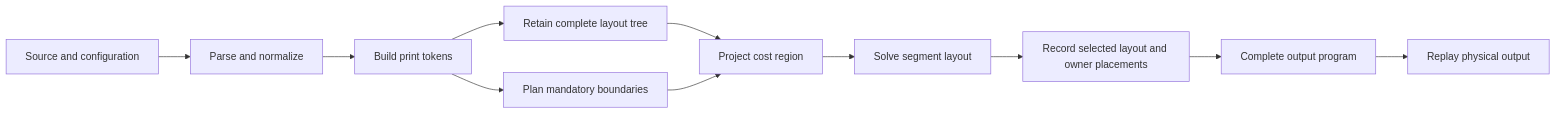
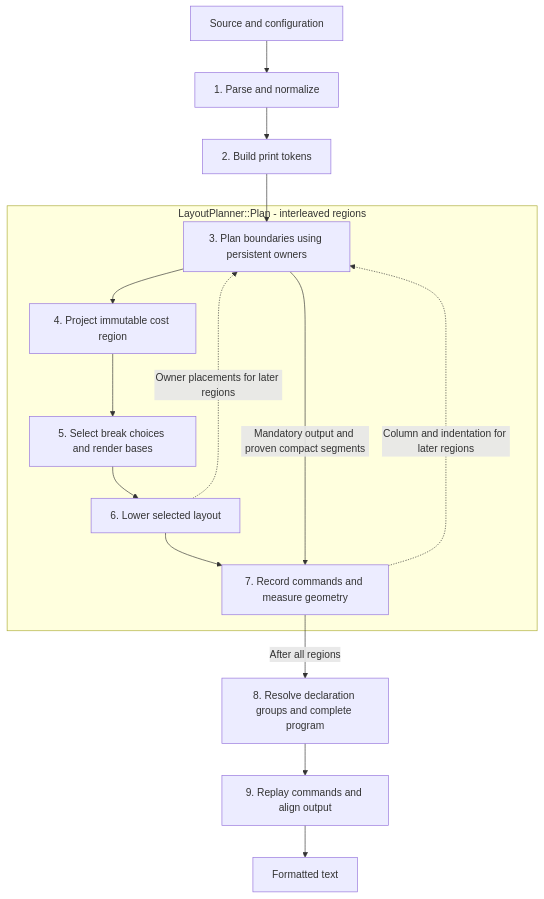
One commit to elizarov/strictfmt changed the diagram in docs/architecture.md. Above: the diagram before and after it, drawn with Mermaid. The commit also changed other lines of this file and 11 other files, not shown here.

Commit message:
Decouple layout lowering from the planner

````diff
--- a/docs/architecture.md
+++ b/docs/architecture.md
@@ -7,13 +11,20 @@
 ```mermaid
-flowchart LR
-    source[Source and configuration] --> syntax[Parse and normalize]
-    syntax --> tokens[Build print tokens]
-    tokens --> planner[Plan mandatory boundaries]
-    tokens --> tree[Retain complete layout tree]
-    tree --> model[Project cost region]
-    planner --> model
-    model --> solver[Solve segment layout]
-    solver --> lowerer[Record selected layout and owner placements]
-    lowerer --> program[Complete output program]
-    program --> emitter[Replay physical output]
+flowchart TD
+    source[Source and configuration] --> syntax[1. Parse and normalize]
+    syntax --> tokens[2. Build print tokens]
+    subgraph planning[LayoutPlanner::Plan - interleaved regions]
+        planner[3. Plan boundaries using persistent owners]
+        model[4. Project immutable cost region]
+        solver[5. Select break choices and render bases]
+        lowerer[6. Lower selected layout]
+        record[7. Record commands and measure geometry]
+        planner --> model --> solver --> lowerer --> record
+        planner -->|Mandatory output and proven compact segments| record
+        lowerer -.->|Owner placements for later regions| planner
+        record -.->|Column and indentation for later regions| planner
+    end
+    tokens --> planner
+    record -->|After all regions| program[8. Resolve declaration groups and complete program]
+    program --> emitter[9. Replay commands and align output]
+    emitter --> text[Formatted text]
 ```
````
